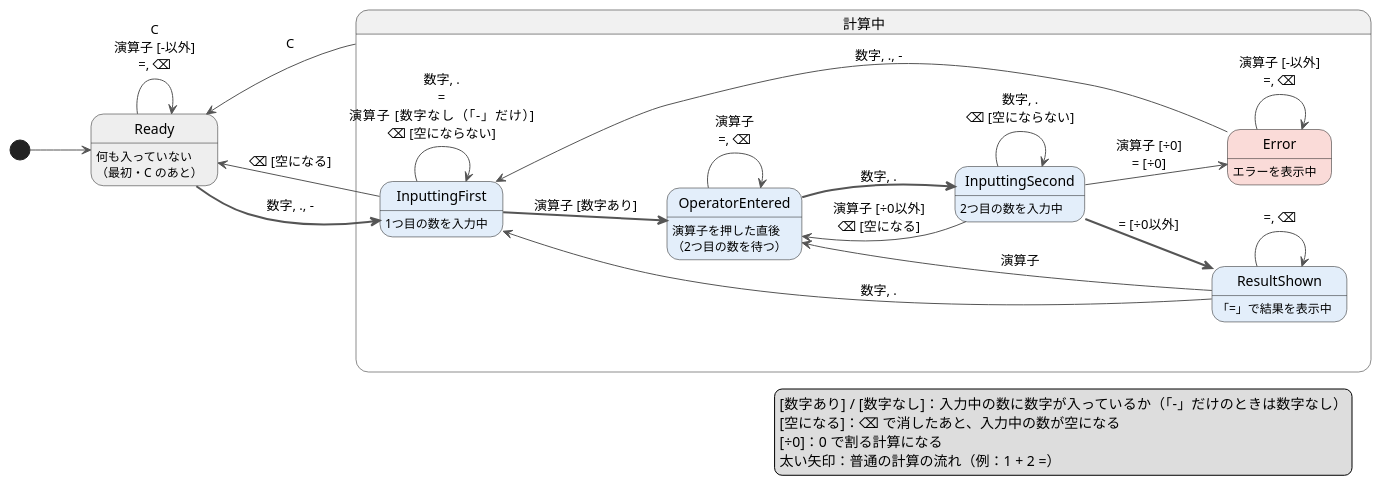
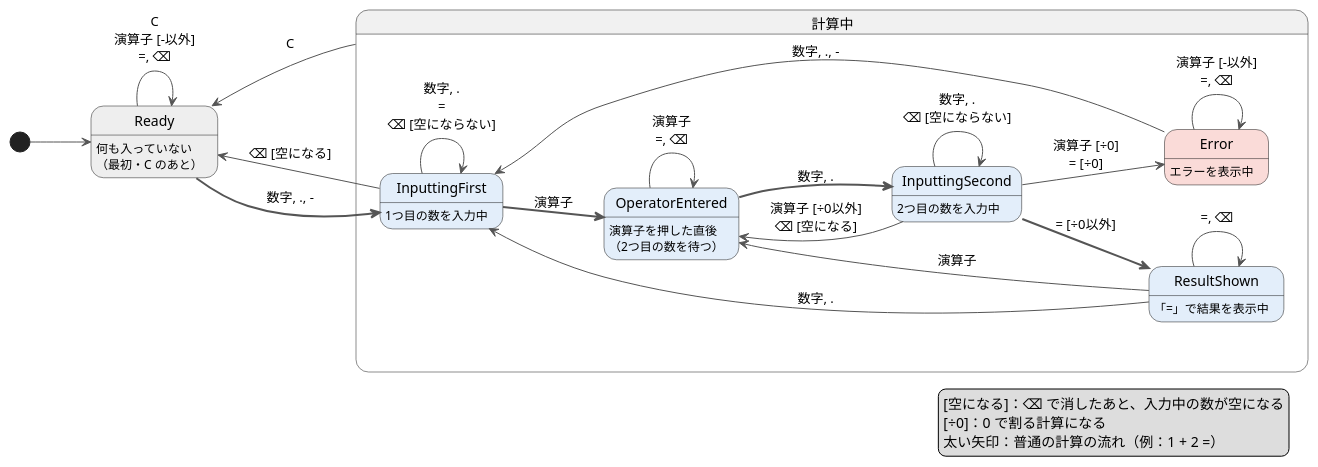
One commit to ryutaro-code/calculator-refactor changed the diagram in docs/状態遷移図.md. Above: the diagram before and after it, drawn with PlantUML. The commit also changed 1 other file, not shown here.

Commit message:
docs: 状態遷移図の演算子の矢印を1本にまとめる
講師のレビューを受けて、InputtingFirst で演算子を押したときの矢印を [数字あり] / [数字なし] で分けるのをやめ、OperatorEntered への1本にした。矢印の名前にはイベント（押したボタン）だけを書き、「-」の直後も数字の直後と同じ扱いにする。凡例と画像も合わせて更新した。

````diff
--- a/docs/状態遷移図.md
+++ b/docs/状態遷移図.md
@@ -9,51 +9,50 @@
 ```plantuml
 @startuml
 left to right direction
 skinparam ArrowColor #555555
 
 state Ready #EEEEEE
 state 計算中 {
   state InputtingFirst #E3EEFA
   state OperatorEntered #E3EEFA
   state InputtingSecond #E3EEFA
   state ResultShown #E3EEFA
   state Error #FADBD8
 }
 
 Ready : 何も入っていない
 Ready : （最初・C のあと）
 InputtingFirst : 1つ目の数を入力中
 OperatorEntered : 演算子を押した直後
 OperatorEntered : （2つ目の数を待つ）
 InputtingSecond : 2つ目の数を入力中
 ResultShown : 「=」で結果を表示中
 Error : エラーを表示中
 
 [*] --> Ready
 Ready <-- 計算中 : C
 
 Ready --> Ready : C\n演算子 [-以外]\n&#61;, ⌫
 Ready -[bold]-> InputtingFirst : 数字, ., -
 Ready <-- InputtingFirst : ⌫ [空になる]
-InputtingFirst --> InputtingFirst : 数字, .\n&#61;\n演算子 [数字なし（「-」だけ）]\n⌫ [空にならない]
-InputtingFirst -[bold]-> OperatorEntered : 演算子 [数字あり]
+InputtingFirst --> InputtingFirst : 数字, .\n&#61;\n⌫ [空にならない]
+InputtingFirst -[bold]-> OperatorEntered : 演算子
 OperatorEntered --> OperatorEntered : 演算子\n&#61;, ⌫
 OperatorEntered -[bold]-> InputtingSecond : 数字, .
 InputtingSecond --> InputtingSecond : 数字, .\n⌫ [空にならない]
 InputtingSecond --> OperatorEntered : 演算子 [÷0以外]\n⌫ [空になる]
 InputtingSecond --> Error : 演算子 [÷0]\n&#61; [÷0]
 InputtingSecond -[bold]-> ResultShown : &#61; [÷0以外]
 ResultShown --> ResultShown : &#61;, ⌫
 ResultShown --> OperatorEntered : 演算子
 ResultShown --> InputtingFirst : 数字, .
 Error --> InputtingFirst : 数字, ., -
 Error --> Error : 演算子 [-以外]\n&#61;, ⌫
 
 legend right
-  [数字あり] / [数字なし]：入力中の数に数字が入っているか（「-」だけのときは数字なし）
   [空になる]：⌫ で消したあと、入力中の数が空になる
   [÷0]：0 で割る計算になる
   太い矢印：普通の計算の流れ（例：1 + 2 =）
 endlegend
 @enduml
 ```
````
